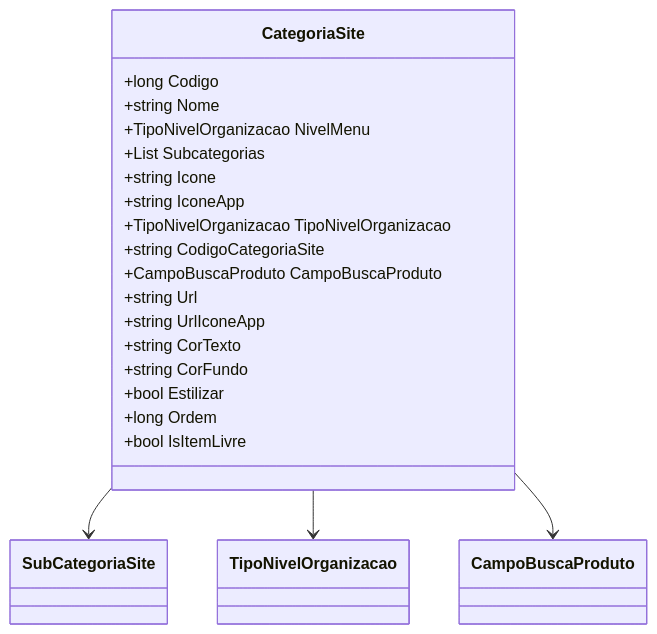
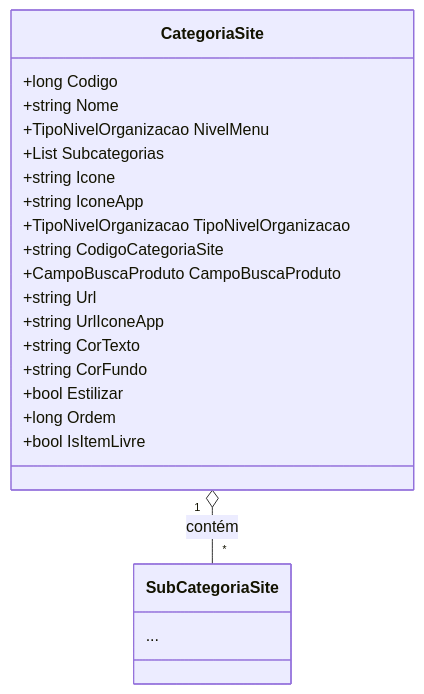
One commit to IsthmusSistemas/documentacao-tecnica changed the diagram in docs/b2b-dominio/IsthmusWinthor.Nucleo/IsthmusWinthor.Dominio/POCO/CategoriaSite.md. Above: the diagram before and after it, drawn with Mermaid. The commit also changed other lines of this file and 882 other files, not shown here.

````diff
--- a/docs/b2b-dominio/IsthmusWinthor.Nucleo/IsthmusWinthor.Dominio/POCO/CategoriaSite.md
+++ b/docs/b2b-dominio/IsthmusWinthor.Nucleo/IsthmusWinthor.Dominio/POCO/CategoriaSite.md
@@ -20,24 +21,27 @@
 ```mermaid
 classDiagram
     class CategoriaSite {
         +long Codigo
         +string Nome
         +TipoNivelOrganizacao NivelMenu
         +List<SubCategoriaSite> Subcategorias
         +string Icone
         +string IconeApp
         +TipoNivelOrganizacao TipoNivelOrganizacao
         +string CodigoCategoriaSite
         +CampoBuscaProduto CampoBuscaProduto
         +string Url
         +string UrlIconeApp
         +string CorTexto
         +string CorFundo
         +bool Estilizar
         +long Ordem
         +bool IsItemLivre
     }
-    CategoriaSite --> SubCategoriaSite
-    CategoriaSite --> TipoNivelOrganizacao
-    CategoriaSite --> CampoBuscaProduto
+    
+    class SubCategoriaSite {
+        ...
+    }
+    
+    CategoriaSite "1" o-- "*" SubCategoriaSite : contém
 ```
````
